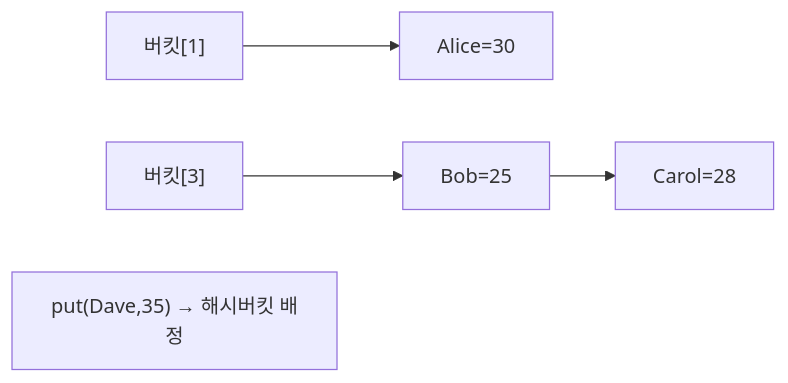
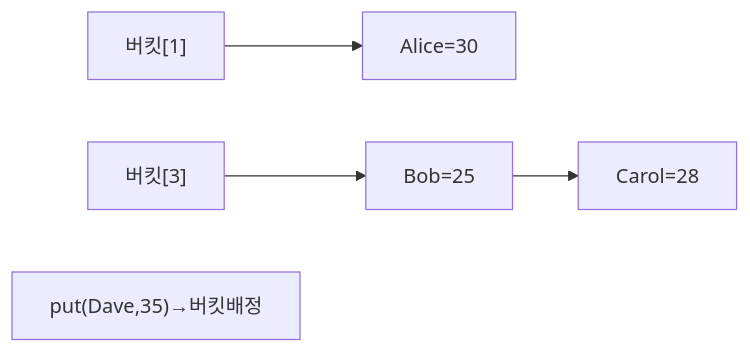
One commit to yjkim2015/yjkim2015.github.io changed diagram 11 of 21 in _posts/java/2026-05-01-java-collections.md. Above: the diagram before and after it, drawn with Mermaid. The commit also changed other lines of this file and 48 other files, not shown here.

First line of the commit message:
Mermaid 최종 47건 수정: participant/노드/줄수/라벨 전부 기준 이하

````diff
--- a/_posts/java/2026-05-01-java-collections.md
+++ b/_posts/java/2026-05-01-java-collections.md
@@ -445,6 +445,6 @@
 ```mermaid
 graph LR
     B1["버킷[1]"] --> N1["Alice=30"]
     B3["버킷[3]"] --> N3a["Bob=25"] --> N3b["Carol=28"]
-    PUT["put(Dave,35) → 해시버킷 배정"]
+    PUT["put(Dave,35)→버킷배정"]
 ```
````
